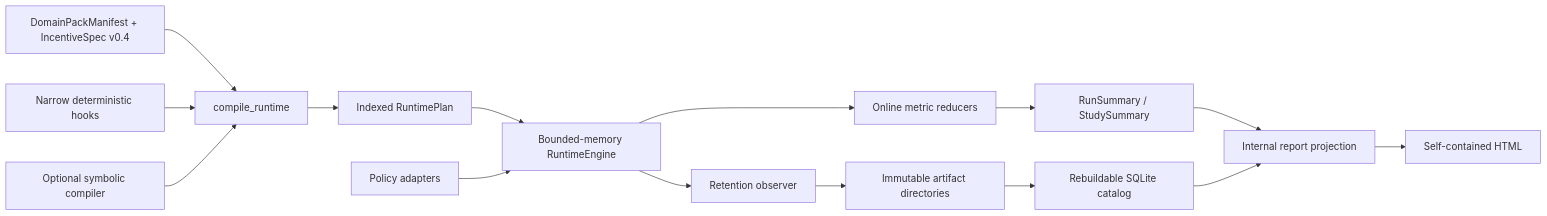
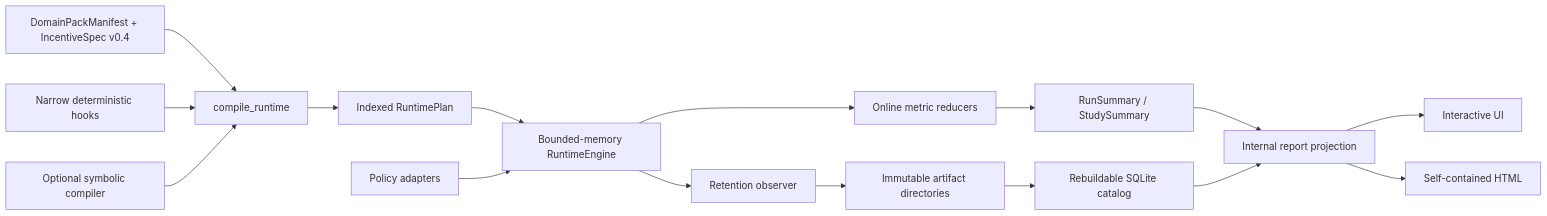
Before and after one commit to zakhar-kogan/sloppy-incentive-simulator: the diagram in docs/architecture.md, drawn with Mermaid. The commit also changed other lines of this file and 12 other files, not shown here.

````diff
--- a/docs/architecture.md
+++ b/docs/architecture.md
@@ -5,17 +5,18 @@
 ```mermaid
 flowchart LR
   P["DomainPackManifest + IncentiveSpec v0.4"] --> C["compile_runtime"]
   H["Narrow deterministic hooks"] --> C
   S["Optional symbolic compiler"] --> C
   C --> R["Indexed RuntimePlan"]
   R --> E["Bounded-memory RuntimeEngine"]
   A["Policy adapters"] --> E
   E --> M["Online metric reducers"]
   E --> O["Retention observer"]
   M --> U["RunSummary / StudySummary"]
   O --> F["Immutable artifact directories"]
   F --> D["Rebuildable SQLite catalog"]
   U --> V["Internal report projection"]
   D --> V
+  V --> UI["Interactive UI"]
   V --> HTML["Self-contained HTML"]
 ```
````
